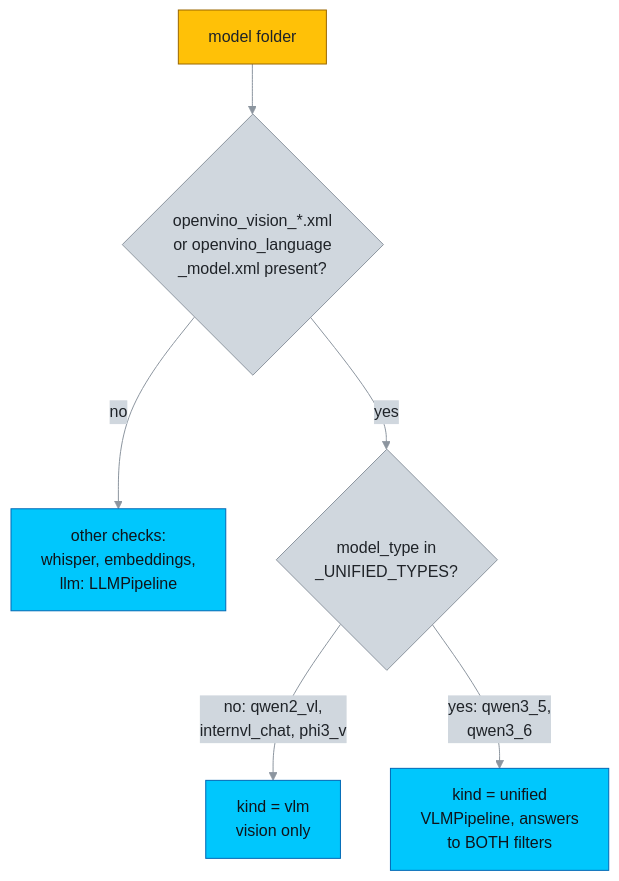
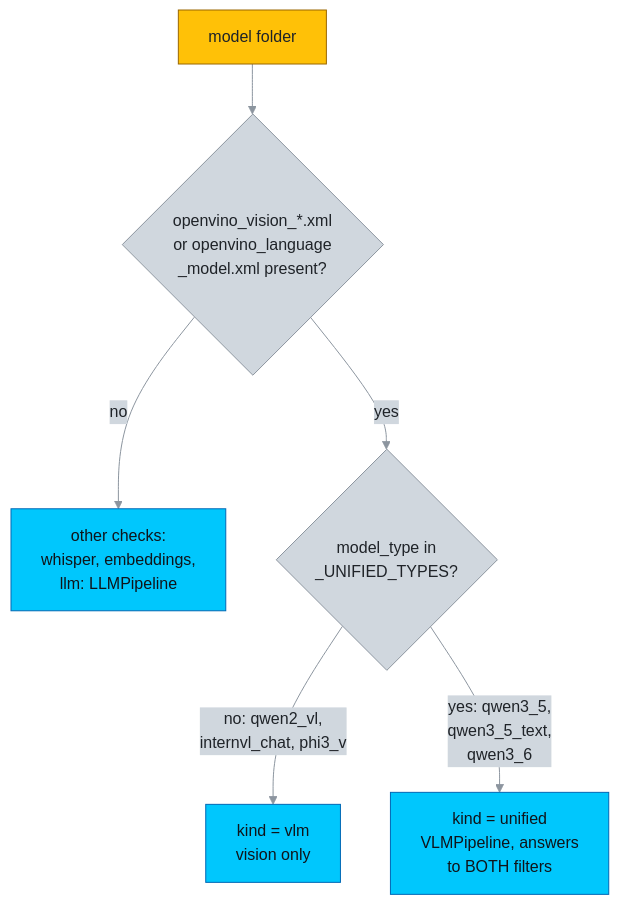
The ninth of 11 diagrams in docs/ARCHITECTURE.md (Lagmator22/ovat), drawn with Mermaid before and after one commit. The commit also changed other lines of this file and 1 other file, not shown here.

First line of the commit message:
docs(architecture): organise by what each part does

````diff
--- a/docs/ARCHITECTURE.md
+++ b/docs/ARCHITECTURE.md
@@ -883,16 +985,16 @@
 ```mermaid
 %%{init: {"theme": "base", "themeVariables": {"primaryColor": "#D0D7DE", "primaryTextColor": "#1F2328", "primaryBorderColor": "#8C959F", "lineColor": "#8C959F", "textColor": "#1F2328", "edgeLabelBackground": "#D0D7DE", "clusterBkg": "transparent", "clusterBorder": "#7A8CA0", "titleColor": "#7A8CA0"}}}%%
 flowchart TD
     F["model folder"] --> C{"openvino_vision_*.xml<br/>or openvino_language<br/>_model.xml present?"}
     C -->|"no"| L["other checks:<br/>whisper, embeddings,<br/>llm: LLMPipeline"]
     C -->|"yes"| M{"model_type in<br/>_UNIFIED_TYPES?"}
     M -->|"no: qwen2_vl,<br/>internvl_chat, phi3_v"| V["kind = vlm<br/>vision only"]
-    M -->|"yes: qwen3_5,<br/>qwen3_6"| U["kind = unified<br/>VLMPipeline, answers<br/>to BOTH filters"]
+    M -->|"yes: qwen3_5,<br/>qwen3_5_text,<br/>qwen3_6"| U["kind = unified<br/>VLMPipeline, answers<br/>to BOTH filters"]
 
     classDef config fill:#FFC107,stroke:#9A6700,color:#1F2328
     classDef backend fill:#00C7FD,stroke:#0068B5,color:#0F141A
     classDef step fill:#D0D7DE,stroke:#8C959F,color:#1F2328
     class F config
     class C,M step
     class L,V,U backend
 ```
````
